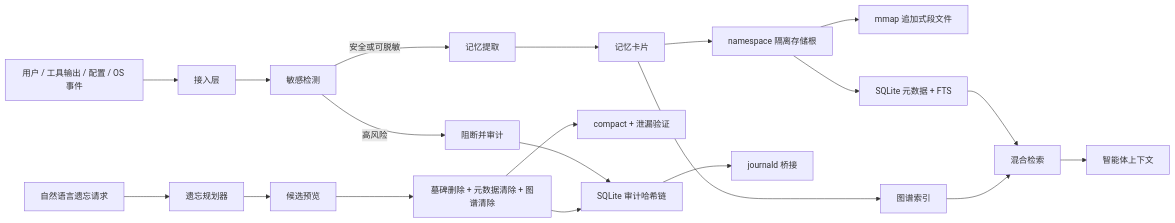
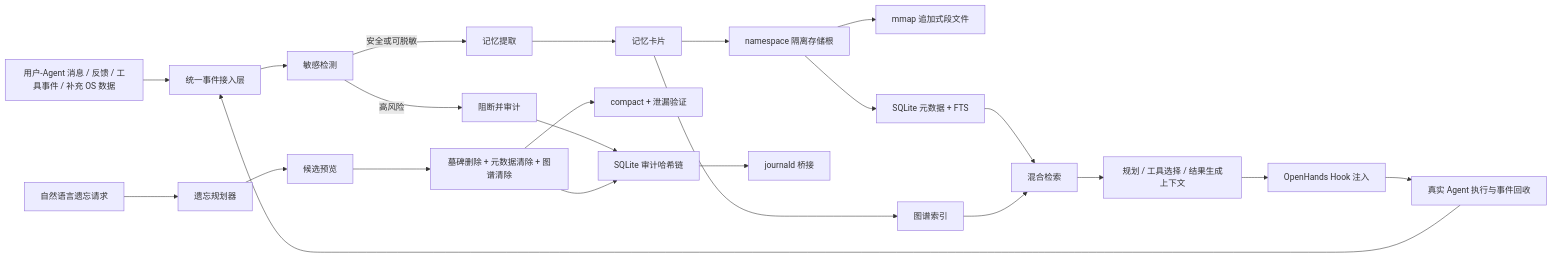
The diagram in docs/概要设计说明书.md (Alexd-star/memguardos), drawn with Mermaid before and after one commit. The commit also changed other lines of this file and 12 other files, not shown here.

````diff
--- a/docs/概要设计说明书.md
+++ b/docs/概要设计说明书.md
@@ -25,22 +26,25 @@
 ```mermaid
 flowchart LR
-    A["用户 / 工具输出 / 配置 / OS 事件"] --> B["接入层"]
+    A["用户-Agent 消息 / 反馈 / 工具事件 / 补充 OS 数据"] --> B["统一事件接入层"]
     B --> C["敏感检测"]
     C -->|高风险| D["阻断并审计"]
     C -->|安全或可脱敏| E["记忆提取"]
     E --> F["记忆卡片"]
     F --> S["namespace 隔离存储根"]
     S --> G["mmap 追加式段文件"]
     S --> H["SQLite 元数据 + FTS"]
     F --> I["图谱索引"]
     H --> J["混合检索"]
     I --> J
-    J --> K["智能体上下文"]
+    J --> K["规划 / 工具选择 / 结果生成上下文"]
+    K --> T["OpenHands Hook 注入"]
+    T --> U["真实 Agent 执行与事件回收"]
+    U --> B
     L["自然语言遗忘请求"] --> M["遗忘规划器"]
     M --> N["候选预览"]
     N --> O["墓碑删除 + 元数据清除 + 图谱清除"]
     O --> P["compact + 泄漏验证"]
     D --> Q["SQLite 审计哈希链"]
     O --> Q
     Q --> R["journald 桥接"]
 ```
````
